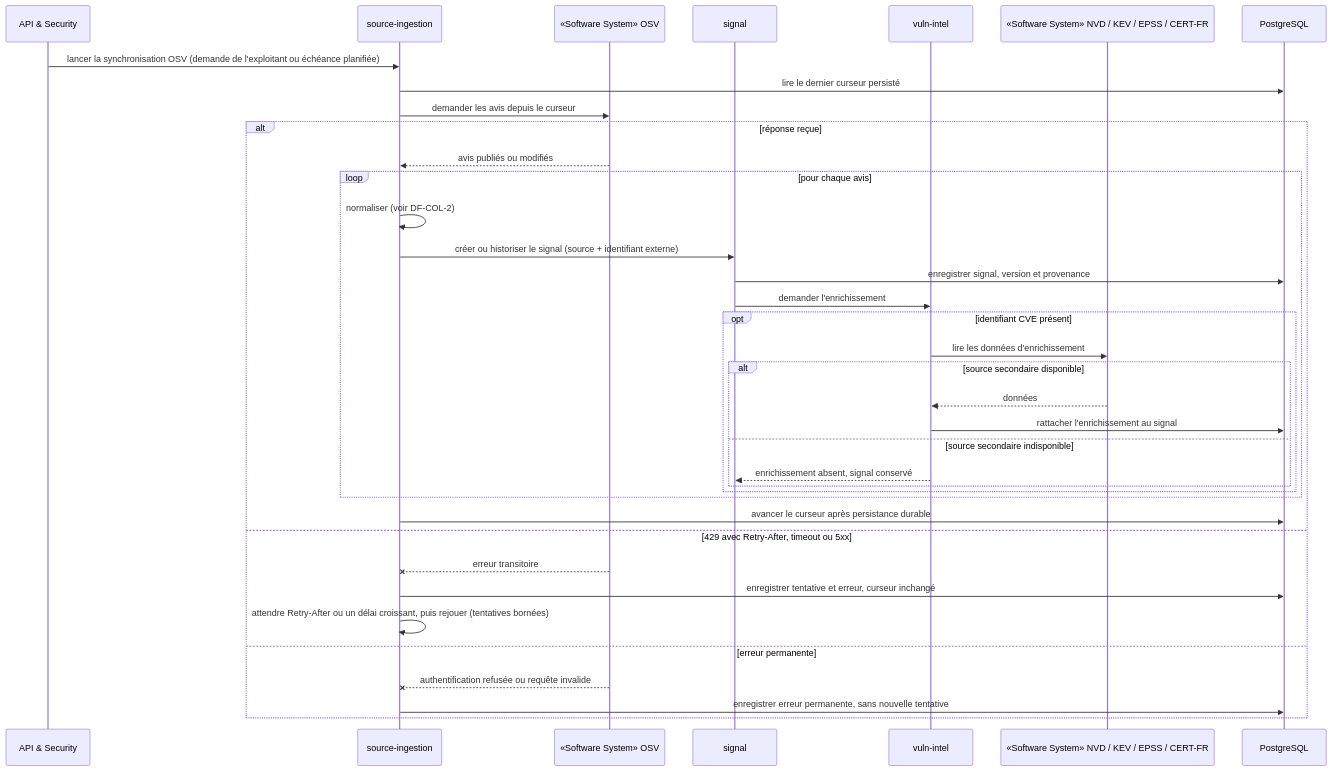
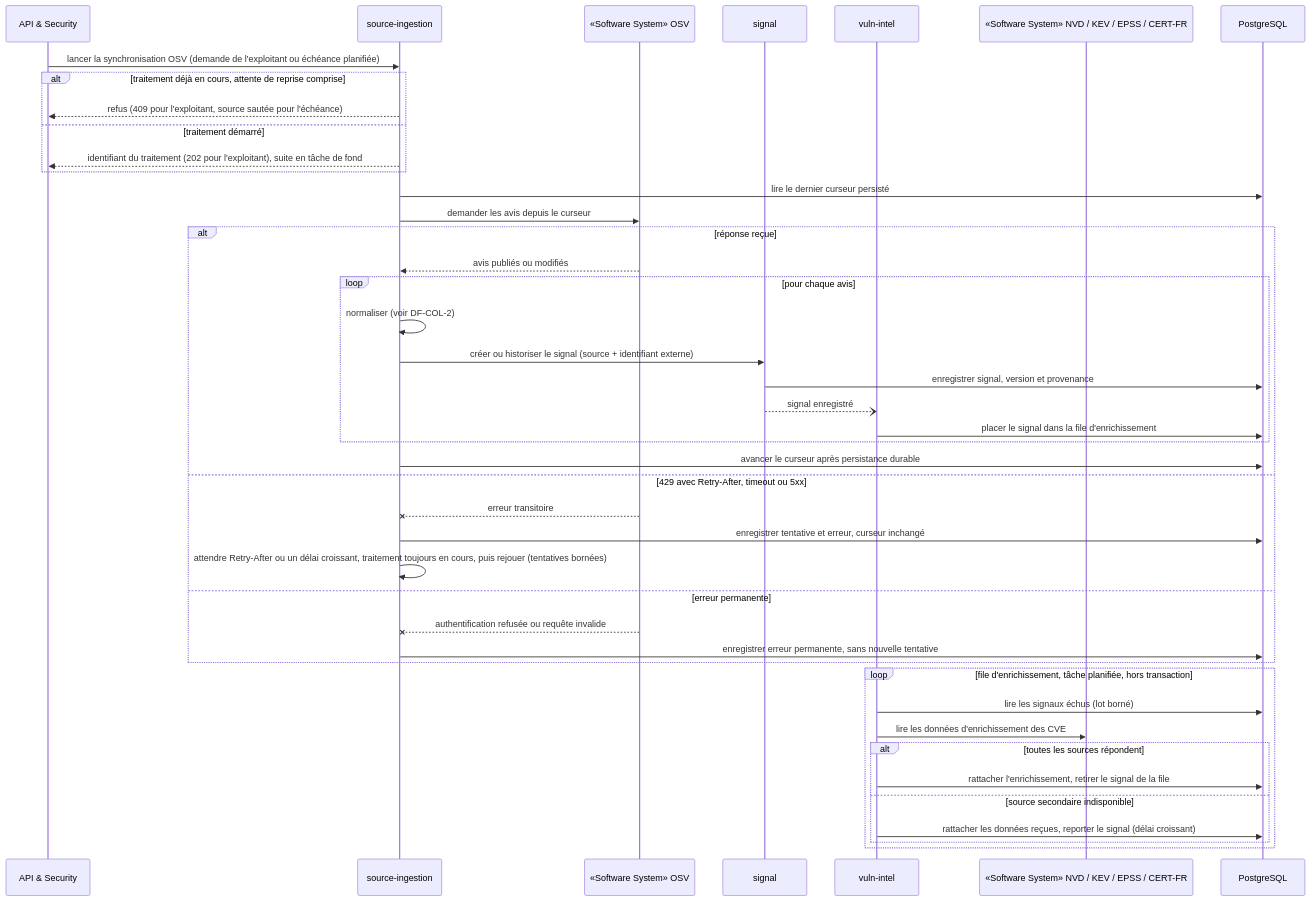
The first of 3 diagrams in docs/specifications/collecte-avis-securite.md (FTurleque/argos-tech-platform), drawn with Mermaid before and after one commit. The commit also changed other lines of this file and 55 other files, not shown here.

````diff
--- a/docs/specifications/collecte-avis-securite.md
+++ b/docs/specifications/collecte-avis-securite.md
@@ -93,40 +95,46 @@
 ```mermaid
 sequenceDiagram
     participant Plan as API & Security
     participant Ing as source-ingestion
     participant OSV as «Software System» OSV
     participant Sig as signal
     participant Vuln as vuln-intel
     participant Sec as «Software System» NVD / KEV / EPSS / CERT-FR
     participant DB as PostgreSQL
 
     Plan->>Ing: lancer la synchronisation OSV (demande de l'exploitant ou échéance planifiée)
+    alt traitement déjà en cours, attente de reprise comprise
+        Ing-->>Plan: refus (409 pour l'exploitant, source sautée pour l'échéance)
+    else traitement démarré
+        Ing-->>Plan: identifiant du traitement (202 pour l'exploitant), suite en tâche de fond
+    end
     Ing->>DB: lire le dernier curseur persisté
     Ing->>OSV: demander les avis depuis le curseur
     alt réponse reçue
         OSV-->>Ing: avis publiés ou modifiés
         loop pour chaque avis
             Ing->>Ing: normaliser (voir DF-COL-2)
             Ing->>Sig: créer ou historiser le signal (source + identifiant externe)
             Sig->>DB: enregistrer signal, version et provenance
-            Sig->>Vuln: demander l'enrichissement
-            opt identifiant CVE présent
-                Vuln->>Sec: lire les données d'enrichissement
-                alt source secondaire disponible
-                    Sec-->>Vuln: données
-                    Vuln->>DB: rattacher l'enrichissement au signal
-                else source secondaire indisponible
-                    Vuln-->>Sig: enrichissement absent, signal conservé
-                end
-            end
+            Sig--)Vuln: signal enregistré
+            Vuln->>DB: placer le signal dans la file d'enrichissement
         end
         Ing->>DB: avancer le curseur après persistance durable
     else 429 avec Retry-After, timeout ou 5xx
         OSV--xIng: erreur transitoire
         Ing->>DB: enregistrer tentative et erreur, curseur inchangé
-        Ing->>Ing: attendre Retry-After ou un délai croissant, puis rejouer (tentatives bornées)
+        Ing->>Ing: attendre Retry-After ou un délai croissant, traitement toujours en cours, puis rejouer (tentatives bornées)
     else erreur permanente
         OSV--xIng: authentification refusée ou requête invalide
         Ing->>DB: enregistrer erreur permanente, sans nouvelle tentative
     end
+    loop file d'enrichissement, tâche planifiée, hors transaction
+        Vuln->>DB: lire les signaux échus (lot borné)
+        Vuln->>Sec: lire les données d'enrichissement des CVE
+        alt toutes les sources répondent
+            Vuln->>DB: rattacher l'enrichissement, retirer le signal de la file
+        else source secondaire indisponible
+            Vuln->>DB: rattacher les données reçues, reporter le signal (délai croissant)
+        end
+    end
 ```
````
